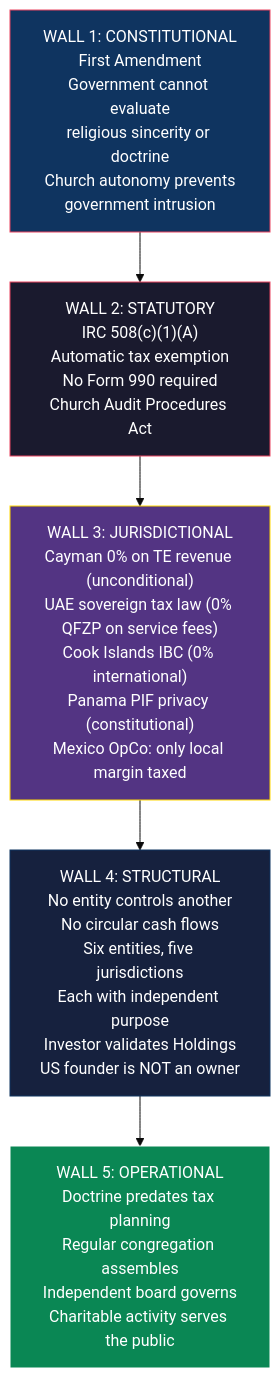
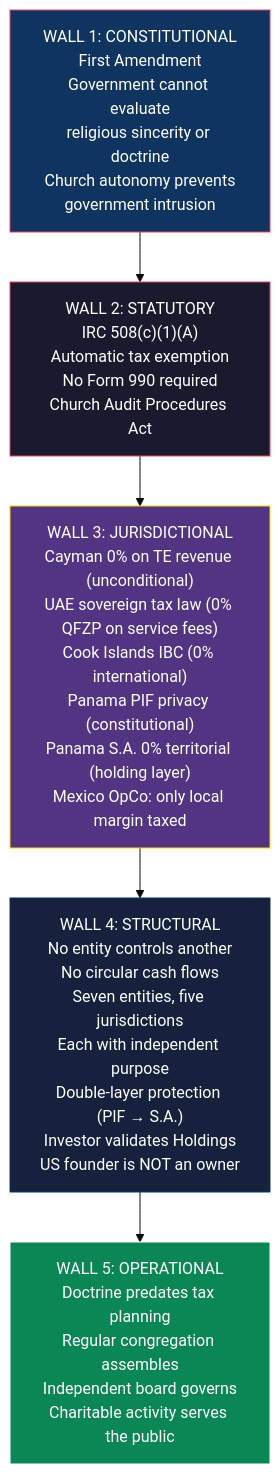
The diagram in docs/tax-structure/02-LEGAL-DEFENSE.md (Light-Brands/epic-center), drawn with Mermaid (base theme) before and after one commit. The commit also changed other lines of this file and 9 other files, not shown here.

First line of the commit message:
Insert Panamanian Holdings S.A. between PIF and operating entities

````diff
--- a/docs/tax-structure/02-LEGAL-DEFENSE.md
+++ b/docs/tax-structure/02-LEGAL-DEFENSE.md
@@ -18,20 +18,20 @@
 ```mermaid
 graph TB
     W1["WALL 1: CONSTITUTIONAL<br/>First Amendment<br/>Government cannot evaluate<br/>religious sincerity or doctrine<br/>Church autonomy prevents<br/>government intrusion"]
 
     W2["WALL 2: STATUTORY<br/>IRC 508(c)(1)(A)<br/>Automatic tax exemption<br/>No Form 990 required<br/>Church Audit Procedures Act"]
 
-    W3["WALL 3: JURISDICTIONAL<br/>Cayman 0% on TE revenue (unconditional)<br/>UAE sovereign tax law (0% QFZP on service fees)<br/>Cook Islands IBC (0% international)<br/>Panama PIF privacy (constitutional)<br/>Mexico OpCo: only local margin taxed"]
+    W3["WALL 3: JURISDICTIONAL<br/>Cayman 0% on TE revenue (unconditional)<br/>UAE sovereign tax law (0% QFZP on service fees)<br/>Cook Islands IBC (0% international)<br/>Panama PIF privacy (constitutional)<br/>Panama S.A. 0% territorial (holding layer)<br/>Mexico OpCo: only local margin taxed"]
 
-    W4["WALL 4: STRUCTURAL<br/>No entity controls another<br/>No circular cash flows<br/>Six entities, five jurisdictions<br/>Each with independent purpose<br/>Investor validates Holdings<br/>US founder is NOT an owner"]
+    W4["WALL 4: STRUCTURAL<br/>No entity controls another<br/>No circular cash flows<br/>Seven entities, five jurisdictions<br/>Each with independent purpose<br/>Double-layer protection (PIF → S.A.)<br/>Investor validates Holdings<br/>US founder is NOT an owner"]
 
     W5["WALL 5: OPERATIONAL<br/>Doctrine predates tax planning<br/>Regular congregation assembles<br/>Independent board governs<br/>Charitable activity serves the public"]
 
     W1 --> W2 --> W3 --> W4 --> W5
 
     style W1 fill:#0f3460,stroke:#e94560,color:#fff
     style W2 fill:#1a1a2e,stroke:#e94560,color:#fff
     style W3 fill:#533483,stroke:#ffd700,color:#fff
     style W4 fill:#16213e,stroke:#0f3460,color:#fff
     style W5 fill:#0a8754,stroke:#fff,color:#fff
 ```
````
